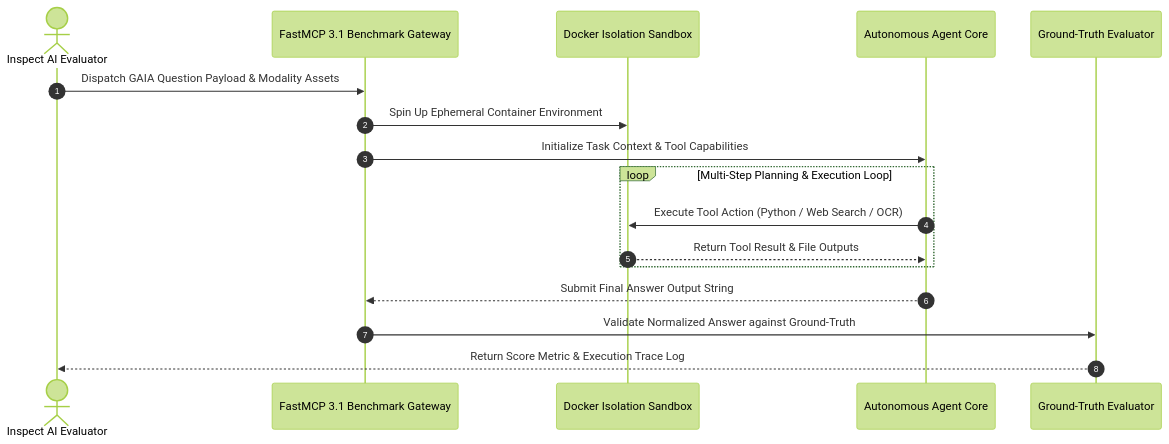
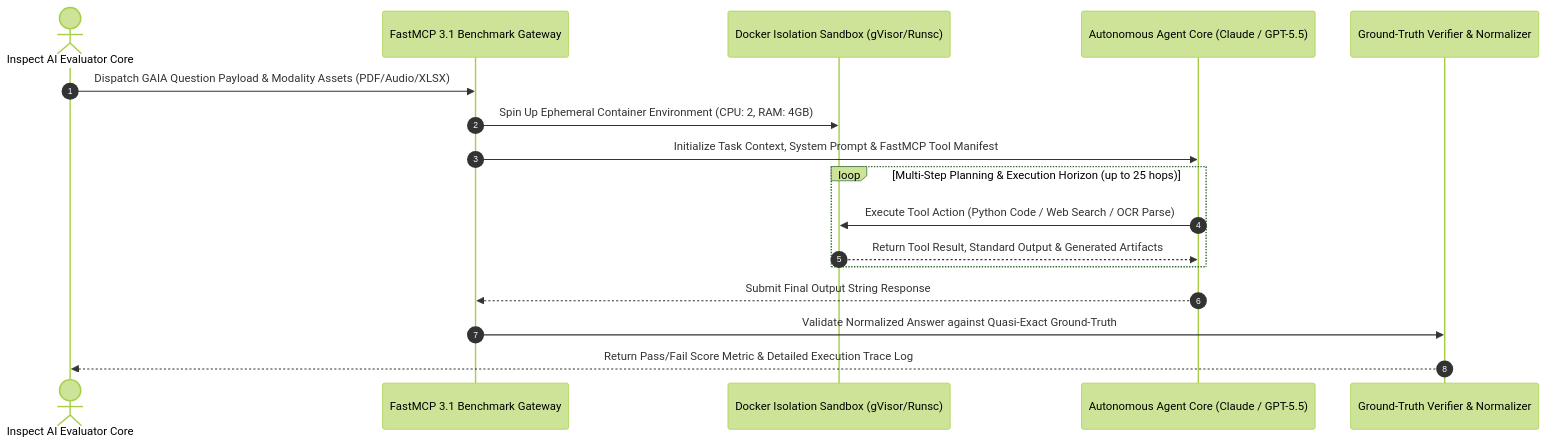
The diagram in docs/tools/benchmarking/gaia.md (joanmarcriera/Home-office-automations), drawn with Mermaid (forest theme) before and after one commit. The commit also changed other lines of this file and 6 other files, not shown here.

````diff
--- a/docs/tools/benchmarking/gaia.md
+++ b/docs/tools/benchmarking/gaia.md
@@ -38,20 +10,20 @@
 ```mermaid
 sequenceDiagram
     autonumber
-    actor Bench as Inspect AI Evaluator
+    actor Bench as Inspect AI Evaluator Core
     participant FastMCP as FastMCP 3.1 Benchmark Gateway
-    participant Sandbox as Docker Isolation Sandbox
-    participant Agent as Autonomous Agent Core
-    participant Judge as Ground-Truth Evaluator
+    participant Sandbox as Docker Isolation Sandbox (gVisor/Runsc)
+    participant Agent as Autonomous Agent Core (Claude / GPT-5.5)
+    participant Judge as Ground-Truth Verifier & Normalizer
 
-    Bench->>FastMCP: Dispatch GAIA Question Payload & Modality Assets
-    FastMCP->>Sandbox: Spin Up Ephemeral Container Environment
-    FastMCP->>Agent: Initialize Task Context & Tool Capabilities
-    loop Multi-Step Planning & Execution Loop
-        Agent->>Sandbox: Execute Tool Action (Python / Web Search / OCR)
-        Sandbox-->>Agent: Return Tool Result & File Outputs
+    Bench->>FastMCP: Dispatch GAIA Question Payload & Modality Assets (PDF/Audio/XLSX)
+    FastMCP->>Sandbox: Spin Up Ephemeral Container Environment (CPU: 2, RAM: 4GB)
+    FastMCP->>Agent: Initialize Task Context, System Prompt & FastMCP Tool Manifest
+    loop Multi-Step Planning & Execution Horizon (up to 25 hops)
+        Agent->>Sandbox: Execute Tool Action (Python Code / Web Search / OCR Parse)
+        Sandbox-->>Agent: Return Tool Result, Standard Output & Generated Artifacts
     end
-    Agent-->>FastMCP: Submit Final Answer Output String
-    FastMCP->>Judge: Validate Normalized Answer against Ground-Truth
-    Judge-->>Bench: Return Score Metric & Execution Trace Log
+    Agent-->>FastMCP: Submit Final Output String Response
+    FastMCP->>Judge: Validate Normalized Answer against Quasi-Exact Ground-Truth
+    Judge-->>Bench: Return Pass/Fail Score Metric & Detailed Execution Trace Log
 ```
````
